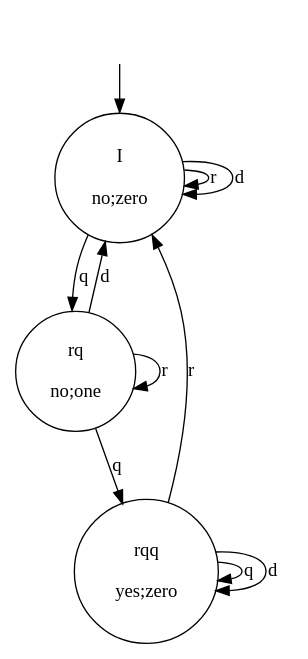
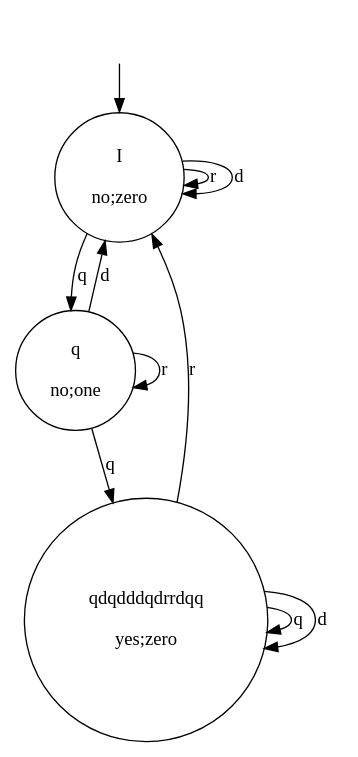
The diagram in lbtest_wrapper/files/configuration_http.dot (dr-aryone/microservice-lbtest), drawn with Graphviz before and after one commit. The commit also changed 14 other files, not shown here.

```diff
--- a/lbtest_wrapper/files/configuration_http.dot
+++ b/lbtest_wrapper/files/configuration_http.dot
@@ -1,15 +1,15 @@
 digraph finite_state_machine{
 randir = LR
 node[shape = circle];
 a[style = "invis"];
 a->"I\n\nno;zero";
-"rqq\n\nyes;zero"->"rqq\n\nyes;zero"	[label=q];
-"rqq\n\nyes;zero"->"I\n\nno;zero"	[label=r];
-"rqq\n\nyes;zero"->"rqq\n\nyes;zero"	[label=d];
-"I\n\nno;zero"->"rq\n\nno;one"	[label=q];
+"q\n\nno;one"->"qdqdddqdrrdqq\n\nyes;zero"	[label=q];
+"q\n\nno;one"->"q\n\nno;one"	[label=r];
+"q\n\nno;one"->"I\n\nno;zero"	[label=d];
+"qdqdddqdrrdqq\n\nyes;zero"->"qdqdddqdrrdqq\n\nyes;zero"	[label=q];
+"qdqdddqdrrdqq\n\nyes;zero"->"I\n\nno;zero"	[label=r];
+"qdqdddqdrrdqq\n\nyes;zero"->"qdqdddqdrrdqq\n\nyes;zero"	[label=d];
+"I\n\nno;zero"->"q\n\nno;one"	[label=q];
 "I\n\nno;zero"->"I\n\nno;zero"	[label=r];
 "I\n\nno;zero"->"I\n\nno;zero"	[label=d];
-"rq\n\nno;one"->"rqq\n\nyes;zero"	[label=q];
-"rq\n\nno;one"->"rq\n\nno;one"	[label=r];
-"rq\n\nno;one"->"I\n\nno;zero"	[label=d];
 }
```
